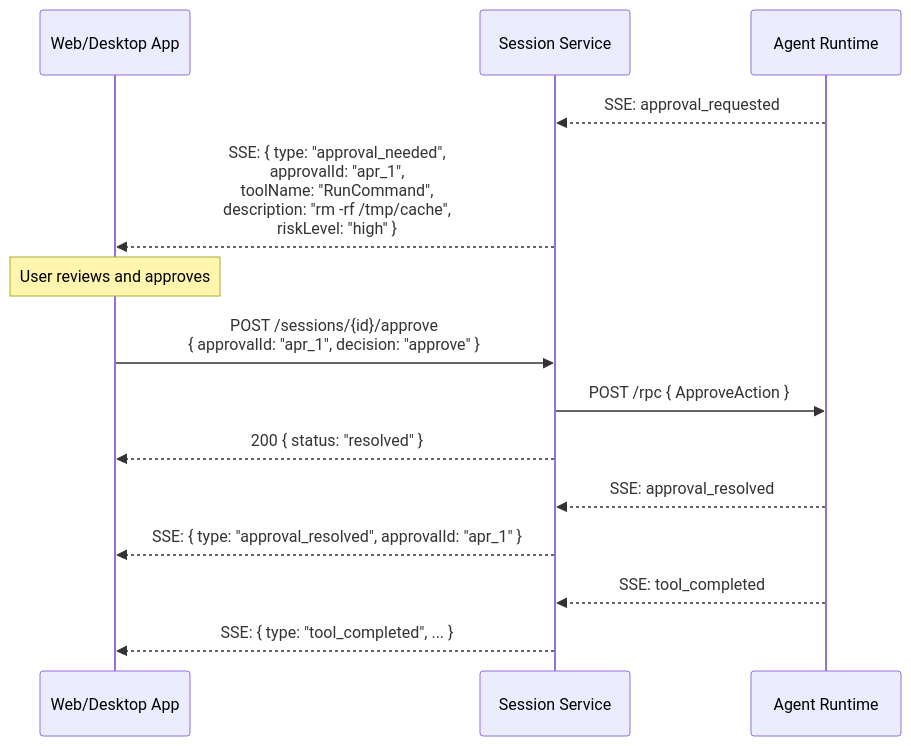
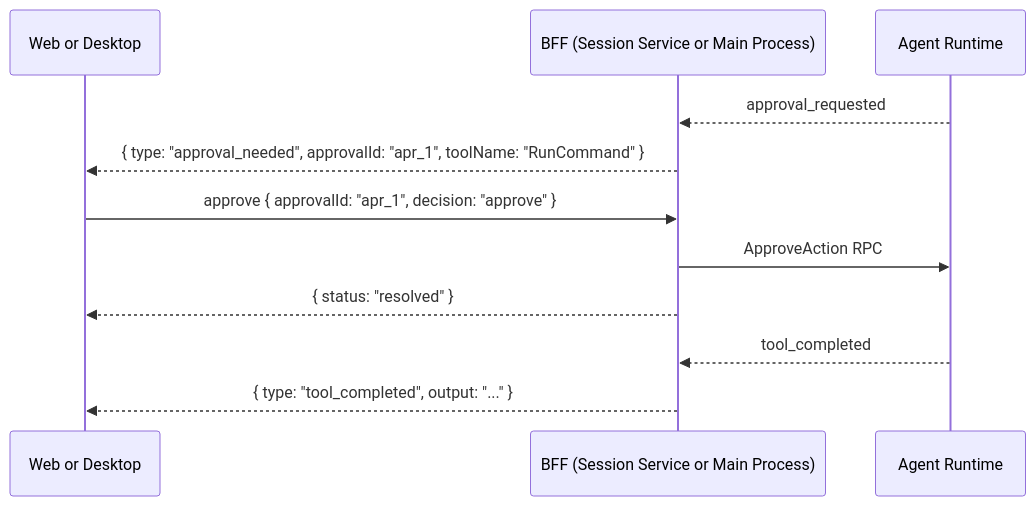
One commit to suman724/cowork-infra changed the fifth of 5 diagrams in docs/design/simplified-session-api.md. Above: the diagram before and after it, drawn with Mermaid. The commit also changed other lines of this file, not shown here.

First line of the commit message:
docs: rewrite simplified session API — cleaner structure, no polling

````diff
--- a/docs/design/simplified-session-api.md
+++ b/docs/design/simplified-session-api.md
@@ -733,19 +308,16 @@
 ```mermaid
 sequenceDiagram
-    participant App as Web/Desktop App
-    participant SS as Session Service
+    participant App as Web or Desktop
+    participant BFF as BFF (Session Service or Main Process)
     participant Agent as Agent Runtime
 
-    Agent-->>SS: SSE: approval_requested
-    SS-->>App: SSE: { type: "approval_needed",<br/>  approvalId: "apr_1",<br/>  toolName: "RunCommand",<br/>  description: "rm -rf /tmp/cache",<br/>  riskLevel: "high" }
+    Agent-->>BFF: approval_requested
+    BFF-->>App: { type: "approval_needed", approvalId: "apr_1", toolName: "RunCommand" }
 
-    Note over App: User reviews and approves
-    App->>SS: POST /sessions/{id}/approve<br/>{ approvalId: "apr_1", decision: "approve" }
-    SS->>Agent: POST /rpc { ApproveAction }
-    SS-->>App: 200 { status: "resolved" }
+    App->>BFF: approve { approvalId: "apr_1", decision: "approve" }
+    BFF->>Agent: ApproveAction RPC
+    BFF-->>App: { status: "resolved" }
 
-    Agent-->>SS: SSE: approval_resolved
-    SS-->>App: SSE: { type: "approval_resolved", approvalId: "apr_1" }
-    Agent-->>SS: SSE: tool_completed
-    SS-->>App: SSE: { type: "tool_completed", ... }
+    Agent-->>BFF: tool_completed
+    BFF-->>App: { type: "tool_completed", output: "..." }
 ```
````
